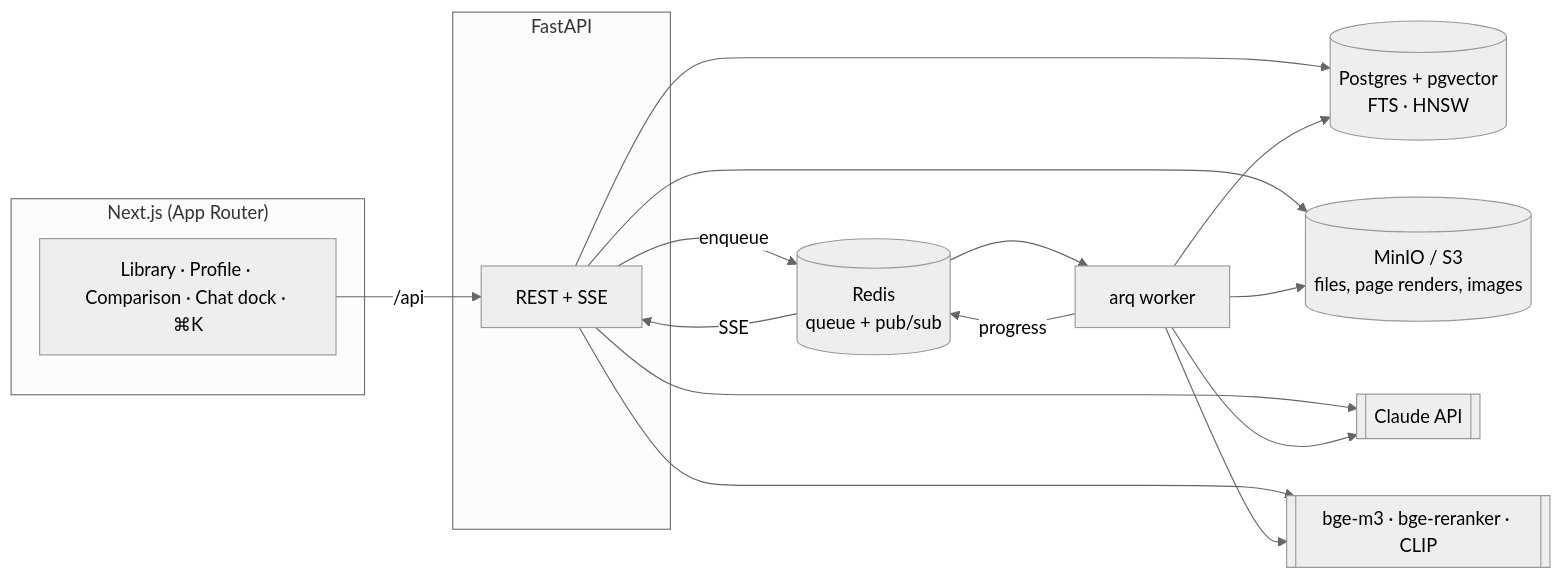
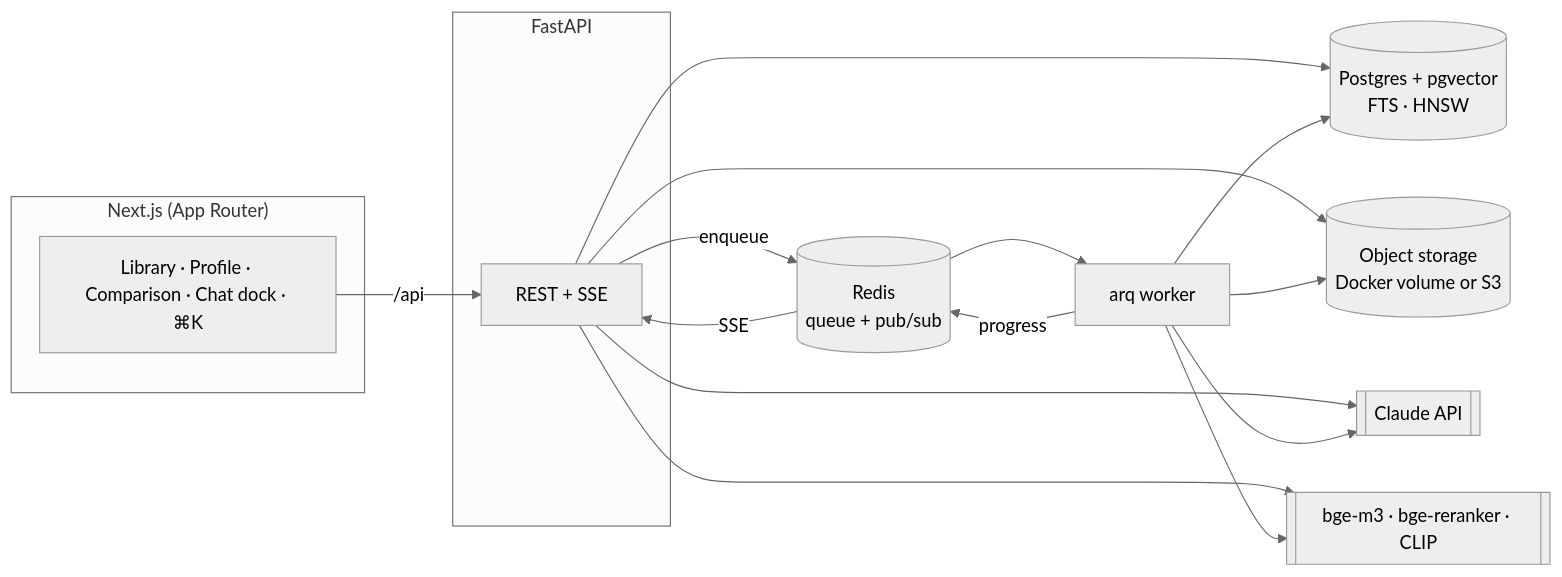
Before and after one commit to Chakri0308/styleguide_evaluator: the diagram in README.md, drawn with Mermaid (neutral theme). The commit also changed other lines of this file and 2 other files, not shown here.

First line of the commit message:
Use a Docker volume for object storage instead of MinIO

````diff
--- a/README.md
+++ b/README.md
@@ -69,20 +69,20 @@
 ```mermaid
 flowchart LR
   subgraph Web["Next.js (App Router)"]
     UI[Library · Profile · Comparison · Chat dock · ⌘K]
   end
   subgraph API["FastAPI"]
     R[REST + SSE]
   end
   W[arq worker]
   PG[(Postgres + pgvector<br/>FTS · HNSW)]
   RD[(Redis<br/>queue + pub/sub)]
-  S3[(MinIO / S3<br/>files, page renders, images)]
+  S3[(Object storage<br/>Docker volume or S3)]
   LLM[[Claude API]]
   ML[[bge-m3 · bge-reranker · CLIP]]
   UI -- /api --> R
   R -- enqueue --> RD --> W
   W -- progress --> RD -- SSE --> R
   R & W --> PG & S3
   R & W --> LLM & ML
 ```
````
